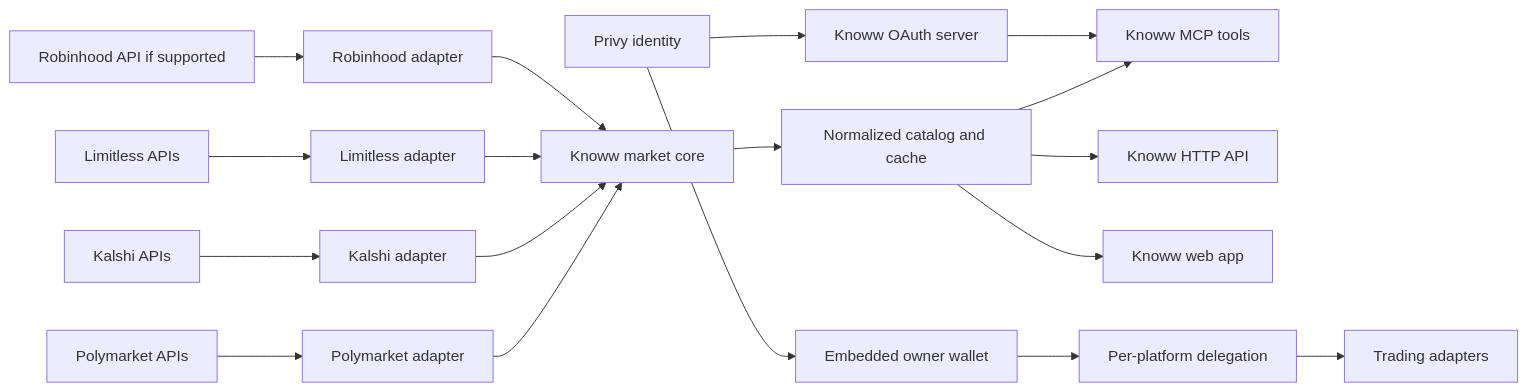
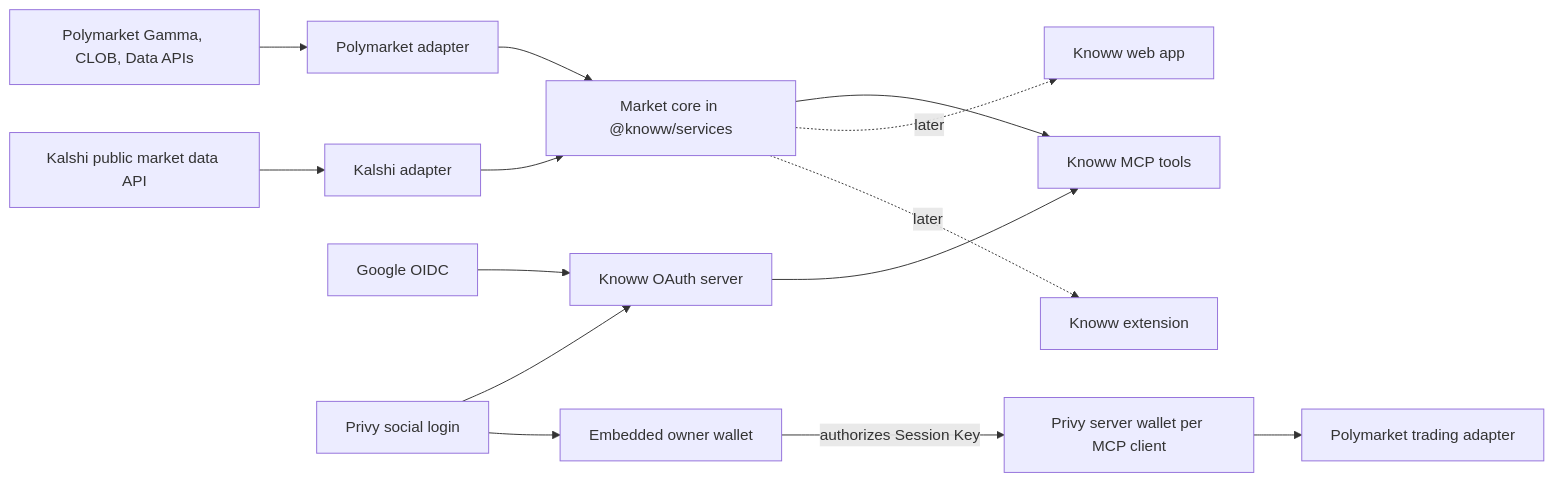
The diagram in docs/single-api-layer.md (metatxn/Polycaster), drawn with Mermaid before and after one commit. The commit also changed other lines of this file and 5 other files, not shown here.

````diff
--- a/docs/single-api-layer.md
+++ b/docs/single-api-layer.md
@@ -64,23 +82,19 @@
 ```mermaid
 flowchart LR
-    PM[Polymarket APIs] --> PA[Polymarket adapter]
-    KA[Kalshi APIs] --> KAA[Kalshi adapter]
-    LI[Limitless APIs] --> LA[Limitless adapter]
-    RH[Robinhood API if supported] --> RA[Robinhood adapter]
+    PM[Polymarket Gamma, CLOB, Data APIs] --> PA[Polymarket adapter]
+    KA[Kalshi public market data API] --> KAA[Kalshi adapter]
 
-    PA --> MC[Knoww market core]
+    PA --> MC["Market core in @knoww/services"]
     KAA --> MC
-    LA --> MC
-    RA --> MC
 
-    MC --> IDX[Normalized catalog and cache]
-    IDX --> MCP[Knoww MCP tools]
-    IDX --> HTTP[Knoww HTTP API]
-    IDX --> WEB[Knoww web app]
+    MC --> MCP[Knoww MCP tools]
+    MC -. later .-> WEB[Knoww web app]
+    MC -. later .-> EXT[Knoww extension]
 
-    PR[Privy identity] --> OA[Knoww OAuth server]
+    GO[Google OIDC] --> OA[Knoww OAuth server]
+    PR[Privy social login] --> OA
     OA --> MCP
     PR --> WLT[Embedded owner wallet]
-    WLT --> DEL[Per-platform delegation]
-    DEL --> TRADE[Trading adapters]
+    WLT -- authorizes Session Key --> SW[Privy server wallet per MCP client]
+    SW --> TRADE[Polymarket trading adapter]
 ```
````
